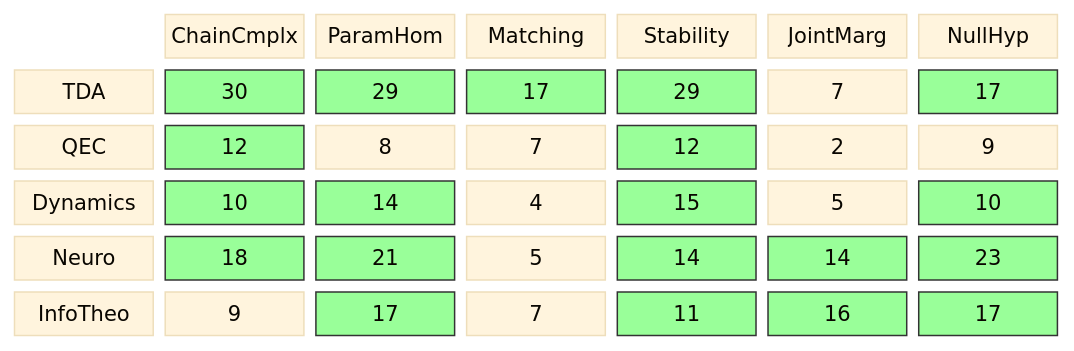
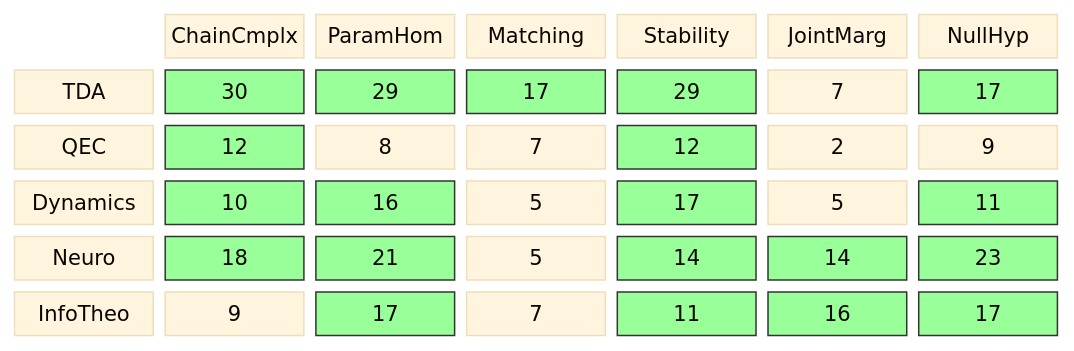
Before and after one commit to musicofhel/topoyolo: the diagram in diagrams/coverage-matrix.md, drawn with Mermaid. The commit also changed other lines of this file and 9 other files, not shown here.

````diff
--- a/diagrams/coverage-matrix.md
+++ b/diagrams/coverage-matrix.md
@@ -21,33 +21,33 @@
 ```mermaid
 %%{init: {'theme': 'base', 'themeVariables': {'fontSize': '14px'}}}%%
 block-beta
   columns 7
 
   space:1 CC["ChainCmplx"] PH["ParamHom"] MA["Matching"] ST["Stability"] JM["JointMarg"] NH["NullHyp"]
 
   TDA["TDA"] TDA_CC["30"] TDA_PH["29"] TDA_MA["17"] TDA_ST["29"] TDA_JM["7"] TDA_NH["17"]
   QEC["QEC"] QEC_CC["12"] QEC_PH["8"] QEC_MA["7"] QEC_ST["12"] QEC_JM["2"] QEC_NH["9"]
-  DYN["Dynamics"] DYN_CC["10"] DYN_PH["14"] DYN_MA["4"] DYN_ST["15"] DYN_JM["5"] DYN_NH["10"]
+  DYN["Dynamics"] DYN_CC["10"] DYN_PH["16"] DYN_MA["5"] DYN_ST["17"] DYN_JM["5"] DYN_NH["11"]
   NEU["Neuro"] NEU_CC["18"] NEU_PH["21"] NEU_MA["5"] NEU_ST["14"] NEU_JM["14"] NEU_NH["23"]
   IT["InfoTheo"] IT_CC["9"] IT_PH["17"] IT_MA["7"] IT_ST["11"] IT_JM["16"] IT_NH["17"]
   style TDA_CC fill:#9f9,stroke:#333
   style TDA_PH fill:#9f9,stroke:#333
   style TDA_MA fill:#9f9,stroke:#333
   style TDA_ST fill:#9f9,stroke:#333
   style TDA_NH fill:#9f9,stroke:#333
   style QEC_CC fill:#9f9,stroke:#333
   style QEC_ST fill:#9f9,stroke:#333
   style DYN_CC fill:#9f9,stroke:#333
   style DYN_PH fill:#9f9,stroke:#333
   style DYN_ST fill:#9f9,stroke:#333
   style DYN_NH fill:#9f9,stroke:#333
   style NEU_CC fill:#9f9,stroke:#333
   style NEU_PH fill:#9f9,stroke:#333
   style NEU_ST fill:#9f9,stroke:#333
   style NEU_JM fill:#9f9,stroke:#333
   style NEU_NH fill:#9f9,stroke:#333
   style IT_PH fill:#9f9,stroke:#333
   style IT_ST fill:#9f9,stroke:#333
   style IT_JM fill:#9f9,stroke:#333
   style IT_NH fill:#9f9,stroke:#333
 ```
````
